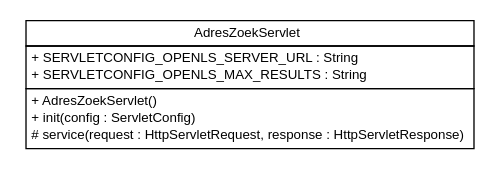
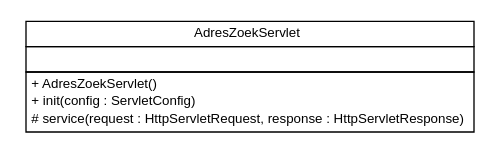
One commit to MinELenI/CBSviewer changed the diagram in apidocs/nl/mineleni/cbsviewer/servlet/gazetteer/nl.mineleni.cbsviewer.servlet.gazetteer.dot. Above: the diagram before and after it, drawn with Graphviz. The commit also changed 493 other files, not shown here.

```diff
--- a/apidocs/nl/mineleni/cbsviewer/servlet/gazetteer/nl.mineleni.cbsviewer.servlet.gazetteer.dot
+++ b/apidocs/nl/mineleni/cbsviewer/servlet/gazetteer/nl.mineleni.cbsviewer.servlet.gazetteer.dot
@@ -1,27 +1,26 @@
 #!/usr/local/bin/dot
 #
 # Class diagram 
 # Generated by UMLGraph version R5_6 (http://www.umlgraph.org/)
 #
 
 digraph G {
 	edge [fontname="arial",fontsize=10,labelfontname="arial",labelfontsize=10];
 	node [fontname="arial",fontsize=10,shape=plaintext];
 	nodesep=0.25;
 	ranksep=0.5;
 	// nl.mineleni.cbsviewer.servlet.gazetteer.AdresZoekServlet
 	c109 [label=<<table title="nl.mineleni.cbsviewer.servlet.gazetteer.AdresZoekServlet" border="0" cellborder="1" cellspacing="0" cellpadding="2" port="p" href="./AdresZoekServlet.html">
 		<tr><td><table border="0" cellspacing="0" cellpadding="1">
 <tr><td align="center" balign="center"> AdresZoekServlet </td></tr>
 		</table></td></tr>
 		<tr><td><table border="0" cellspacing="0" cellpadding="1">
-<tr><td align="left" balign="left"> + SERVLETCONFIG_OPENLS_SERVER_URL : String </td></tr>
-<tr><td align="left" balign="left"> + SERVLETCONFIG_OPENLS_MAX_RESULTS : String </td></tr>
+<tr><td align="left" balign="left">  </td></tr>
 		</table></td></tr>
 		<tr><td><table border="0" cellspacing="0" cellpadding="1">
 <tr><td align="left" balign="left"> + AdresZoekServlet() </td></tr>
 <tr><td align="left" balign="left"> + init(config : ServletConfig) </td></tr>
 <tr><td align="left" balign="left"> # service(request : HttpServletRequest, response : HttpServletResponse) </td></tr>
 		</table></td></tr>
 		</table>>, URL="./AdresZoekServlet.html", fontname="arial", fontcolor="black", fontsize=10.0];
 }
```
